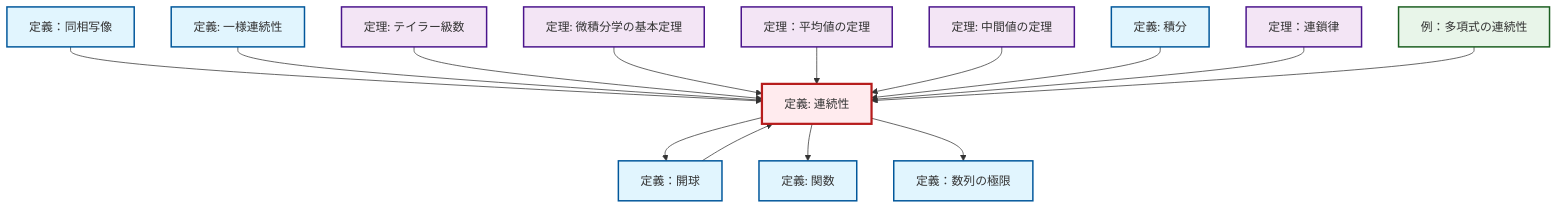
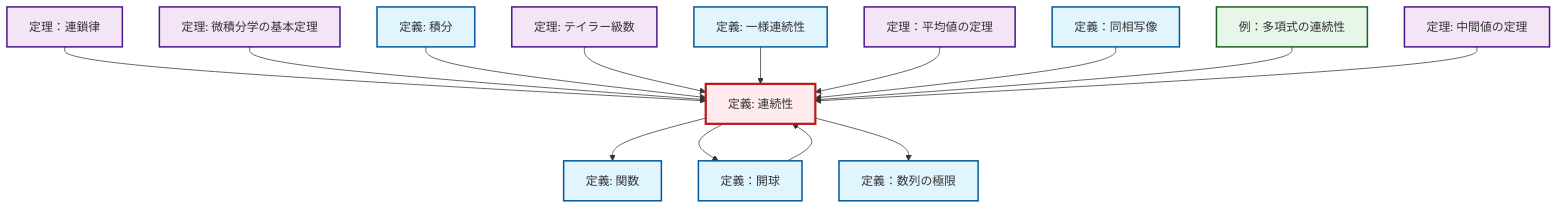
The diagram in content/ja/analysis/def-continuity.qmd (RK0429/ModernMath), drawn with Mermaid before and after one commit. The commit also changed 672 other files, not shown here.

````diff
--- a/content/ja/analysis/def-continuity.qmd
+++ b/content/ja/analysis/def-continuity.qmd
@@ -62,48 +62,48 @@
 ```{mermaid}
-%%| fig-cap: "Local dependency graph"
+%%| fig-cap: "ローカル依存関係グラフ"
 graph TD
     classDef definition fill:#e1f5fe,stroke:#01579b,stroke-width:2px
     classDef theorem fill:#f3e5f5,stroke:#4a148c,stroke-width:2px
     classDef axiom fill:#fff3e0,stroke:#e65100,stroke-width:2px
     classDef example fill:#e8f5e9,stroke:#1b5e20,stroke-width:2px
     classDef current fill:#ffebee,stroke:#b71c1c,stroke-width:3px
+    def-uniform-continuity["定義: 一様連続性"]:::definition
     def-limit["定義：数列の極限"]:::definition
+    ex-polynomial-continuity["例：多項式の連続性"]:::example
+    thm-mean-value["定理：平均値の定理"]:::theorem
+    def-homeomorphism["定義：同相写像"]:::definition
+    thm-fundamental-calculus["定理: 微積分学の基本定理"]:::theorem
+    def-open-ball["定義：開球"]:::definition
+    def-function["定義: 関数"]:::definition
+    thm-chain-rule["定理：連鎖律"]:::theorem
+    thm-taylor-series["定理: テイラー級数"]:::theorem
     thm-intermediate-value["定理: 中間値の定理"]:::theorem
-    thm-mean-value["定理：平均値の定理"]:::theorem
     def-continuity["定義: 連続性"]:::definition
-    def-open-ball["定義：開球"]:::definition
-    def-homeomorphism["定義：同相写像"]:::definition
-    def-function["定義: 関数"]:::definition
-    ex-polynomial-continuity["例：多項式の連続性"]:::example
-    def-uniform-continuity["定義: 一様連続性"]:::definition
     def-integral["定義: 積分"]:::definition
-    thm-taylor-series["定理: テイラー級数"]:::theorem
-    thm-chain-rule["定理：連鎖律"]:::theorem
-    thm-fundamental-calculus["定理: 微積分学の基本定理"]:::theorem
+    def-continuity --> def-function
+    thm-chain-rule --> def-continuity
+    def-continuity --> def-open-ball
+    thm-fundamental-calculus --> def-continuity
+    def-integral --> def-continuity
+    def-open-ball --> def-continuity
+    thm-taylor-series --> def-continuity
+    def-uniform-continuity --> def-continuity
+    def-continuity --> def-limit
+    thm-mean-value --> def-continuity
     def-homeomorphism --> def-continuity
-    def-continuity --> def-open-ball
-    def-uniform-continuity --> def-continuity
-    thm-taylor-series --> def-continuity
-    thm-fundamental-calculus --> def-continuity
-    thm-mean-value --> def-continuity
+    ex-polynomial-continuity --> def-continuity
     thm-intermediate-value --> def-continuity
-    def-integral --> def-continuity
-    thm-chain-rule --> def-continuity
-    def-continuity --> def-function
-    def-continuity --> def-limit
-    ex-polynomial-continuity --> def-continuity
-    def-open-ball --> def-continuity
     class def-continuity current
+    click def-uniform-continuity "def-uniform-continuity.html" "一様連続性の定義へ"
     click def-limit "def-limit.html" "定義：数列の極限へ"
+    click ex-polynomial-continuity "ex-polynomial-continuity.html" "例：多項式の連続性へ"
+    click thm-mean-value "thm-mean-value.html" "定理：平均値の定理へ"
+    click def-homeomorphism "def-homeomorphism.html" "定義：同相写像へ"
+    click thm-fundamental-calculus "thm-fundamental-calculus.html" "微積分学の基本定理の定理へ"
+    click def-open-ball "def-open-ball.html" "定義：開球へ"
+    click def-function "def-function.html" "関数の定義へ"
+    click thm-chain-rule "thm-chain-rule.html" "定理：連鎖律へ"
+    click thm-taylor-series "thm-taylor-series.html" "テイラー級数の定理へ"
     click thm-intermediate-value "thm-intermediate-value.html" "中間値の定理の定理へ"
-    click thm-mean-value "thm-mean-value.html" "定理：平均値の定理へ"
-    click def-open-ball "def-open-ball.html" "定義：開球へ"
-    click def-homeomorphism "def-homeomorphism.html" "定義：同相写像へ"
-    click def-function "def-function.html" "関数の定義へ"
-    click ex-polynomial-continuity "ex-polynomial-continuity.html" "例：多項式の連続性へ"
-    click def-uniform-continuity "def-uniform-continuity.html" "一様連続性の定義へ"
     click def-integral "def-integral.html" "積分の定義へ"
-    click thm-taylor-series "thm-taylor-series.html" "テイラー級数の定理へ"
-    click thm-chain-rule "thm-chain-rule.html" "定理：連鎖律へ"
-    click thm-fundamental-calculus "thm-fundamental-calculus.html" "微積分学の基本定理の定理へ"
 ```
````
